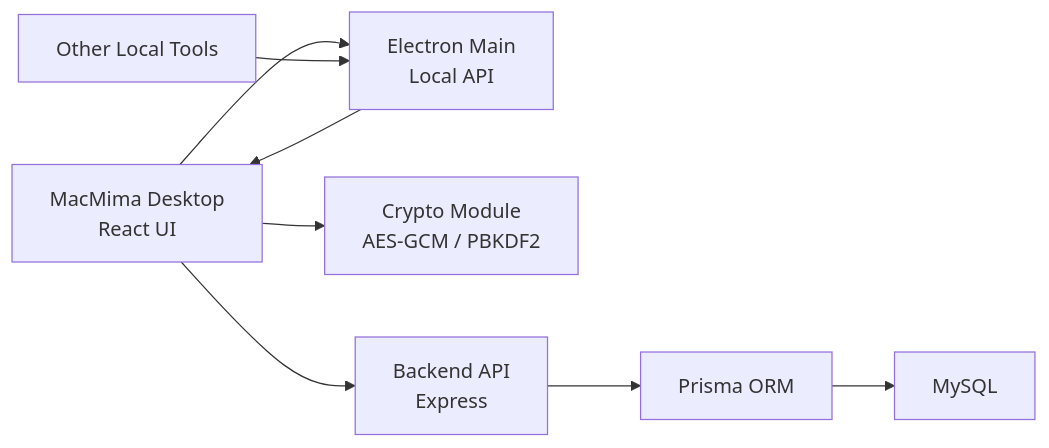
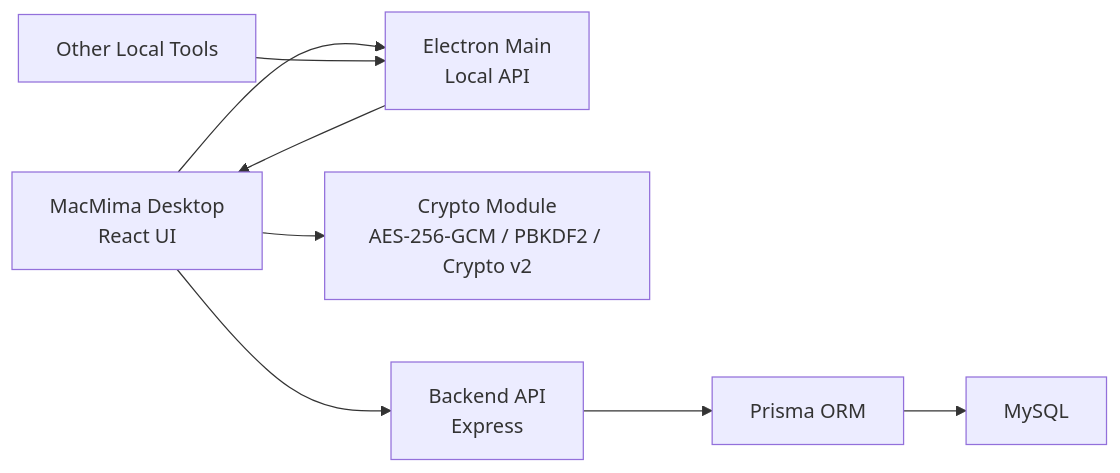
One commit to lanmu1818-ship-it/macmima changed the diagram in docs/TECHNICAL_OVERVIEW.md. Above: the diagram before and after it, drawn with Mermaid. The commit also changed other lines of this file and 44 other files, not shown here.

````diff
--- a/docs/TECHNICAL_OVERVIEW.md
+++ b/docs/TECHNICAL_OVERVIEW.md
@@ -27,10 +27,10 @@
 ```mermaid
 flowchart LR
   A["MacMima Desktop<br/>React UI"] --> B["Electron Main<br/>Local API"]
-  A --> C["Crypto Module<br/>AES-GCM / PBKDF2"]
+  A --> C["Crypto Module<br/>AES-256-GCM / PBKDF2 / Crypto v2"]
   A --> D["Backend API<br/>Express"]
   D --> E["Prisma ORM"]
   E --> F["MySQL"]
   G["Other Local Tools"] --> B
   B --> A
 ```
````
